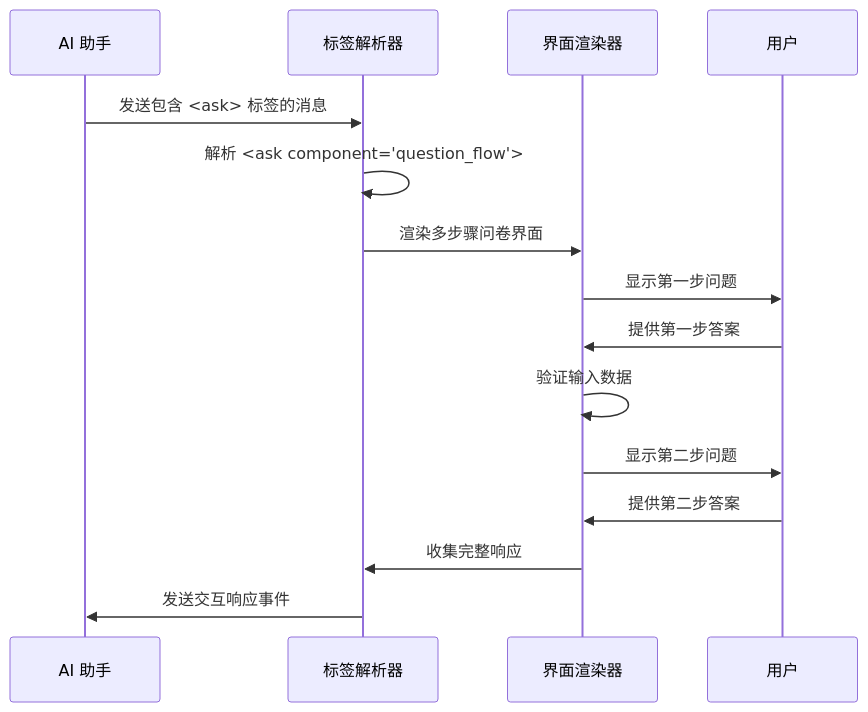
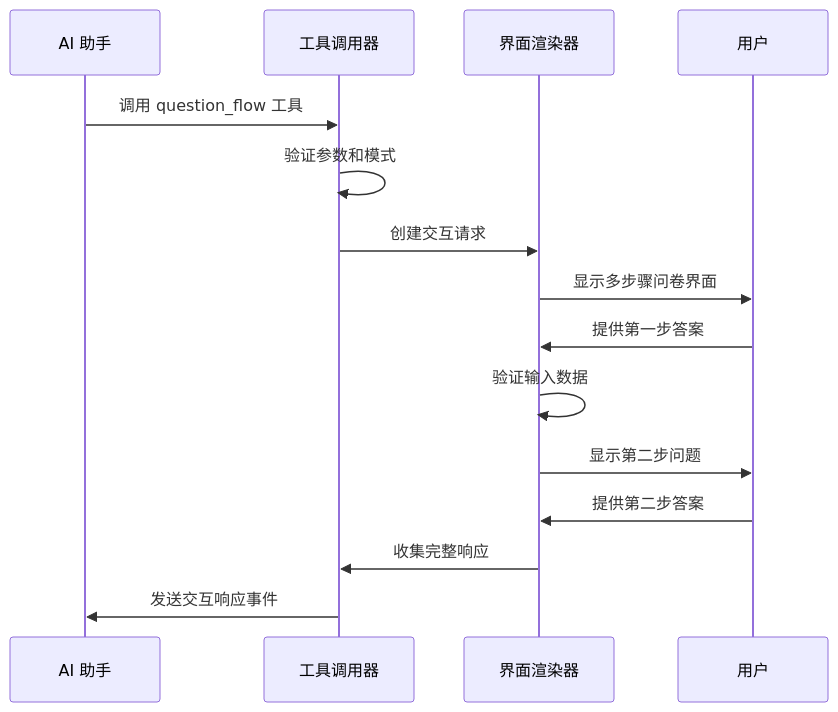
Before and after one commit to verse-ai-org/openclaw: the fifth of 9 diagrams in .qoder/repowiki/zh/content/项目概述/技术架构概览/网关协议设计/交互系统包.md, drawn with Mermaid. The commit also changed other lines of this file and 11 other files, not shown here.

````diff
--- a/.qoder/repowiki/zh/content/项目概述/技术架构概览/网关协议设计/交互系统包.md
+++ b/.qoder/repowiki/zh/content/项目概述/技术架构概览/网关协议设计/交互系统包.md
@@ -266,17 +277,17 @@
 ```mermaid
 sequenceDiagram
 participant AI as AI 助手
-participant Parser as 标签解析器
+participant Tool as 工具调用器
 participant Renderer as 界面渲染器
 participant User as 用户
-AI->>Parser : 发送包含 <ask> 标签的消息
-Parser->>Parser : 解析 <ask component="question_flow">
-Parser->>Renderer : 渲染多步骤问卷界面
-Renderer->>User : 显示第一步问题
+AI->>Tool : 调用 question_flow 工具
+Tool->>Tool : 验证参数和模式
+Tool->>Renderer : 创建交互请求
+Renderer->>User : 显示多步骤问卷界面
 User->>Renderer : 提供第一步答案
 Renderer->>Renderer : 验证输入数据
 Renderer->>User : 显示第二步问题
 User->>Renderer : 提供第二步答案
-Renderer->>Parser : 收集完整响应
-Parser->>AI : 发送交互响应事件
+Renderer->>Tool : 收集完整响应
+Tool->>AI : 发送交互响应事件
 ```
````
